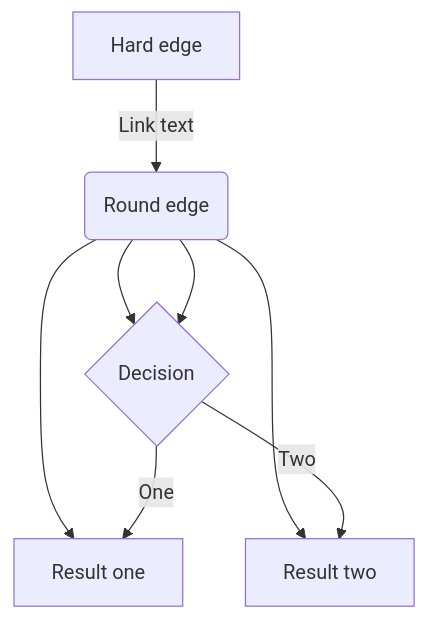
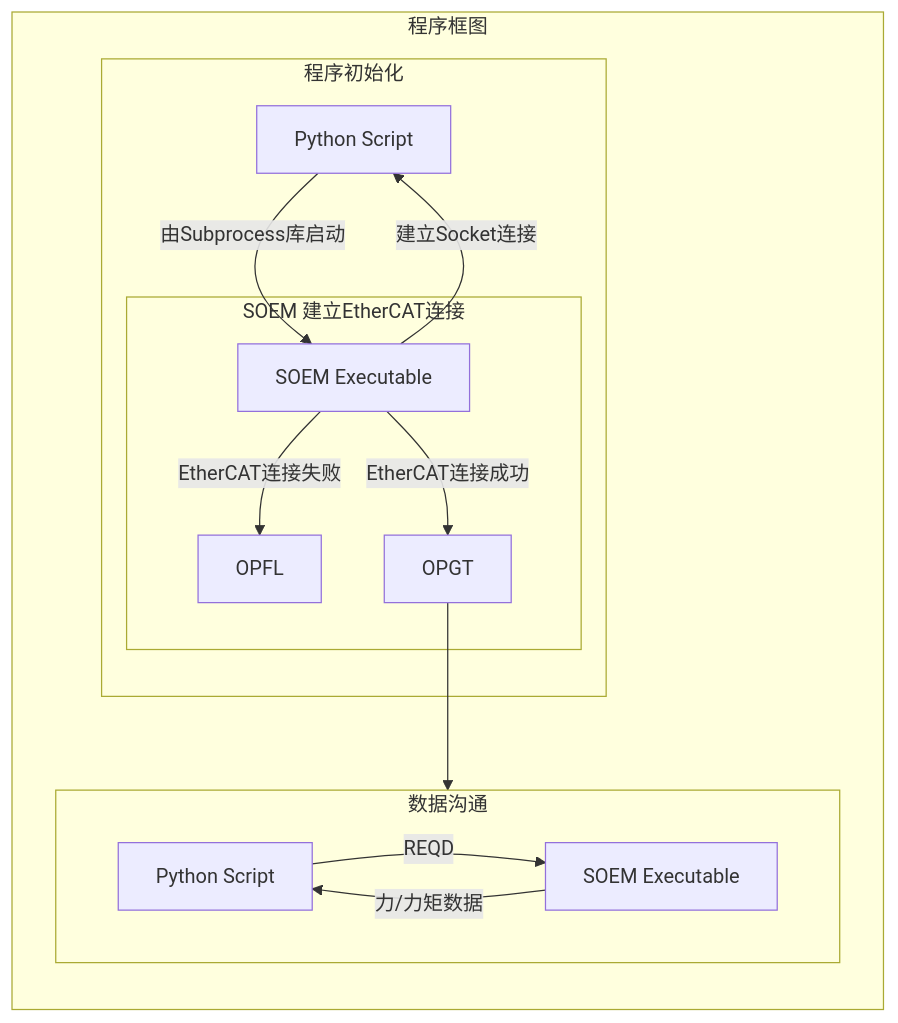
Before and after one commit to GeorgeTY/Digit-Dev: the diagram in Digit-Py/TUTORIAL.md, drawn with Mermaid. The commit also changed other lines of this file and 4 other files, not shown here.

````diff
--- a/Digit-Py/TUTORIAL.md
+++ b/Digit-Py/TUTORIAL.md
@@ -21,11 +24,23 @@
 ```mermaid
-graph TD;
-    B["fa:fa-twitter for peace"]
-    B-->C[fa:fa-ban forbidden]
-    B-->D(fa:fa-spinner);
-    B-->E(A fa:fa-camera-retro perhaps?)
-    A[Hard edge] -->|Link text| B(Round edge)
-    B --> C{Decision}
-    C -->|One| D[Result one]
-    C -->|Two| E[Result two]
+flowchart TD;
+    subgraph main[程序框图]
+
+        direction TB
+        subgraph one[程序初始化]
+            A[Python Script] -->|由Subprocess库启动| F[SOEM Executable]
+            F --> |建立Socket连接| A
+            subgraph three[SOEM 建立EtherCAT连接]
+                F --> |EtherCAT连接失败| C[OPFL]
+                F --> |EtherCAT连接成功| D[OPGT]
+            end
+        end
+
+        subgraph two[数据沟通]
+            B[Python Script] -->|REQD| G[SOEM Executable]
+            G --> |力/力矩数据| B
+        end
+
+        D --> two
+
+    end
 ```
````
